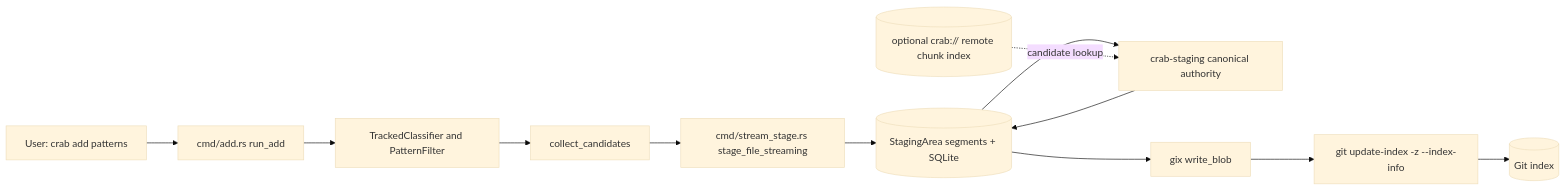
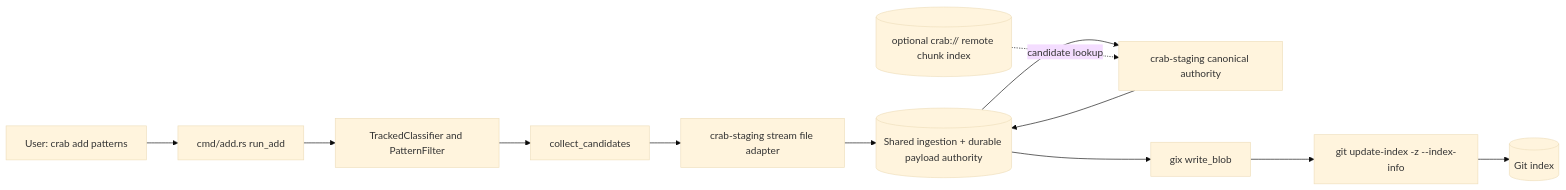
One commit to crabbuild/crab changed the first of 5 diagrams in crab/docs/design/add.md. Above: the diagram before and after it, drawn with Mermaid (base theme). The commit also changed other lines of this file and 29 other files, not shown here.

First line of the commit message:
refactor(staging): unify native and Git ingestion

````diff
--- a/crab/docs/design/add.md
+++ b/crab/docs/design/add.md
@@ -10,24 +10,24 @@
 ```mermaid
 flowchart LR
     user[User: crab add patterns]
     cli[cmd/add.rs run_add]
     attrs[TrackedClassifier and PatternFilter]
     walker[collect_candidates]
-    stream[cmd/stream_stage.rs stage_file_streaming]
-    staging[(StagingArea segments + SQLite)]
+    stream[crab-staging stream file adapter]
+    staging[(Shared ingestion + durable payload authority)]
     plan[crab-staging canonical authority]
     remote[(optional crab:// remote chunk index)]
     gitblob[gix write_blob]
     gitindex[git update-index -z --index-info]
     index[(Git index)]
 
     user --> cli
     cli --> attrs --> walker
     walker --> stream
     stream --> staging
     staging --> plan
     remote -. candidate lookup .-> plan
     plan --> staging
     staging --> gitblob
     gitblob --> gitindex --> index
 ```
````
